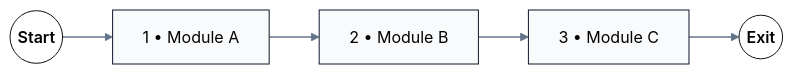
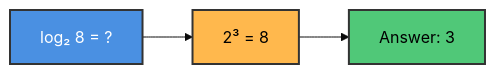
Before and after one commit to M-F-Tushar/CSE-2101-Data-Structure: the third of 9 diagrams in Chapter 2 - Preliminaries/README.md, drawn with Mermaid (base theme). The commit also changed other lines of this file, not shown here.

````diff
--- a/Chapter 2 - Preliminaries/README.md
+++ b/Chapter 2 - Preliminaries/README.md
@@ -515,10 +248,9 @@
 ```mermaid
-flowchart LR
-    %% Sequence logic with explicit start/stop terminals
-    classDef terminal fill:#ffffff,stroke:#111,color:#000,font-weight:600;
-    classDef process fill:#f8fafc,stroke:#0f172a,color:#000;
-
-    Start((Start)):::terminal --> Step1["1 • Module A"]:::process --> Step2["2 • Module B"]:::process --> Step3["3 • Module C"]:::process --> End((Exit)):::terminal
-
-    linkStyle default stroke:#64748b,stroke-width:1.5px
+graph LR
+    A["log₂ 8 = ?"] --> B["2³ = 8"]
+    B --> C["Answer: 3"]
+    
+    style A fill:#4A90E2,stroke:#333,stroke-width:2px,color:#fff
+    style B fill:#FFB84D,stroke:#333,stroke-width:2px,color:#000
+    style C fill:#50C878,stroke:#333,stroke-width:2px,color:#000
 ```
````
